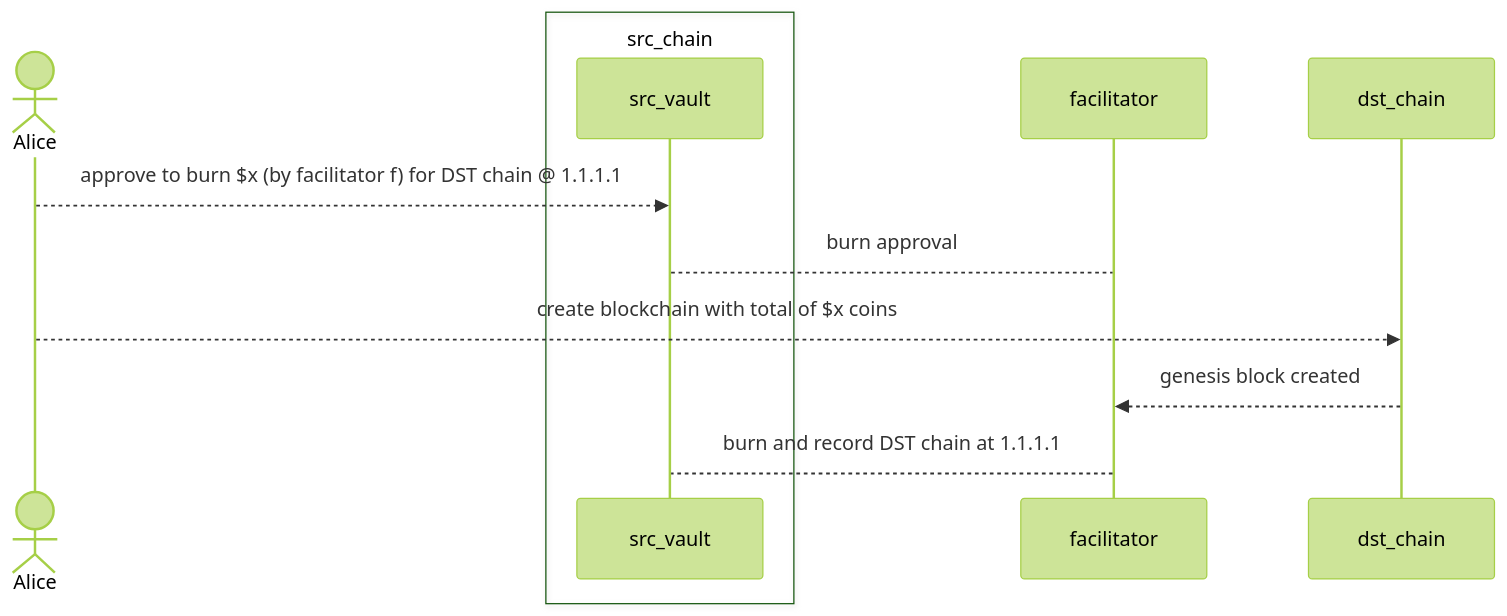
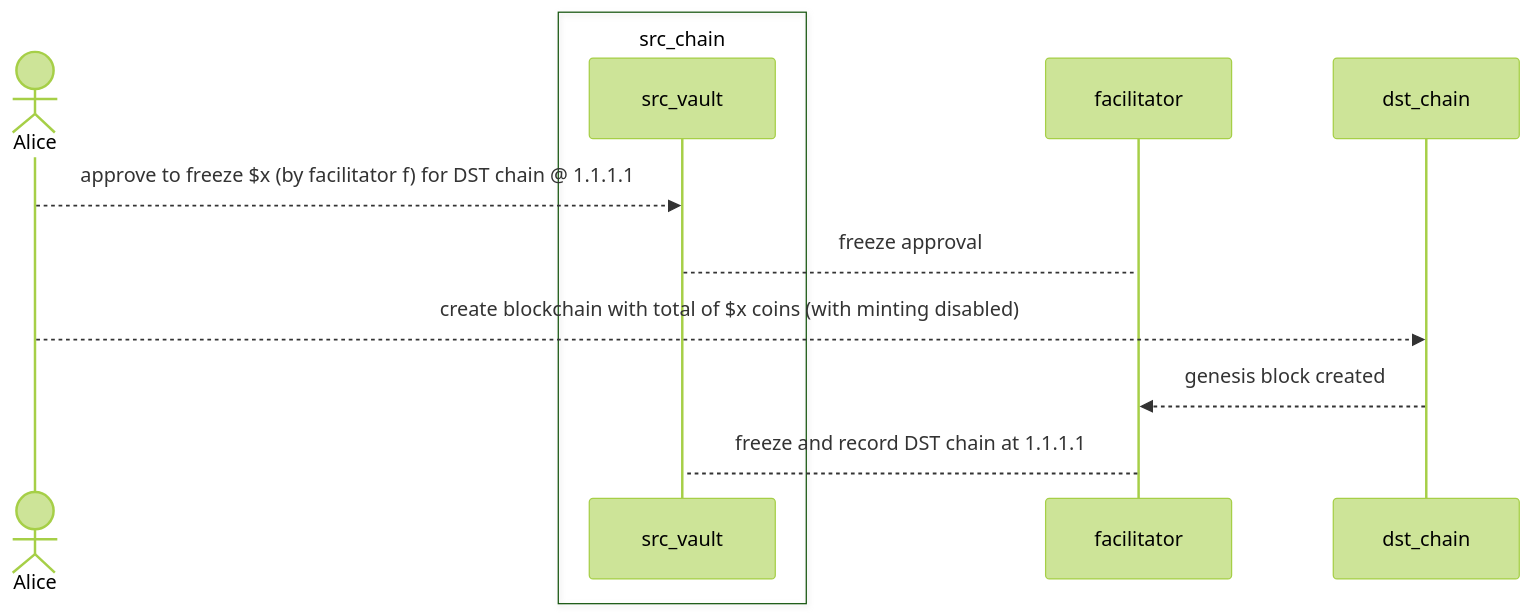
Before and after one commit to PDXbaap/design: the first of 2 diagrams in cross-chain-token.md, drawn with Mermaid (forest theme). The commit also changed other lines of this file, not shown here.

````diff
--- a/cross-chain-token.md
+++ b/cross-chain-token.md
@@ -3,16 +6,16 @@
 ```mermaid
 sequenceDiagram
 
 actor Alice
 box src_chain
 participant src_vault
 end
 participant facilitator
 participant dst_chain
 
-Alice -->> src_vault: approve to burn $x (by facilitator f) for DST chain @ 1.1.1.1
-src_vault --> facilitator: burn approval
-Alice -->> dst_chain: create blockchain with total of $x coins
+Alice -->> src_vault: approve to freeze $x (by facilitator f) for DST chain @ 1.1.1.1
+src_vault --> facilitator: freeze approval
+Alice -->> dst_chain: create blockchain with total of $x coins (with minting disabled)
 dst_chain -->> facilitator: genesis block created
-facilitator --> src_vault: burn and record DST chain at 1.1.1.1 
+facilitator --> src_vault: freeze and record DST chain at 1.1.1.1 
 ```
````
